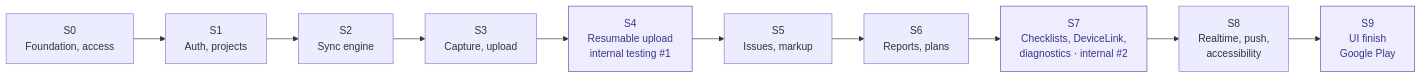
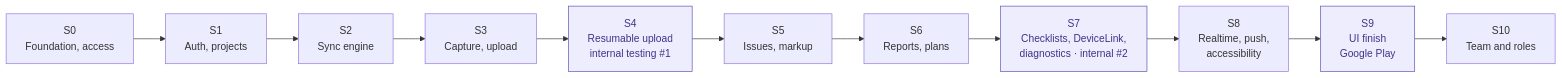
The first of 2 diagrams in docs/feature-guide/README.md (DAMHONGDUC/site-log-android), drawn with Mermaid before and after one commit. The commit also changed other lines of this file, not shown here.

Commit message:
docs: update docs - detail is team roles and issue assignee · README.md (3/7)
Part 3 of 7 of "docs: update docs - detail is team roles and issue assignee".

- docs/feature-guide/README.md

Adds the F19 team and roles guide and sprint S10, the backend team contract, and assigneeUid for member assignees.

````diff
--- a/docs/feature-guide/README.md
+++ b/docs/feature-guide/README.md
@@ -27,15 +27,16 @@
 ```mermaid
 flowchart LR
     S0["S0<br/>Foundation, access"] --> S1["S1<br/>Auth, projects"]
     S1 --> S2["S2<br/>Sync engine"]
     S2 --> S3["S3<br/>Capture, upload"]
     S3 --> S4["S4<br/>Resumable upload<br/>internal testing #1"]
     S4 --> S5["S5<br/>Issues, markup"]
     S5 --> S6["S6<br/>Reports, plans"]
     S6 --> S7["S7<br/>Checklists, DeviceLink,<br/>diagnostics · internal #2"]
     S7 --> S8["S8<br/>Realtime, push,<br/>accessibility"]
     S8 --> S9["S9<br/>UI finish<br/>Google Play"]
+    S9 --> S10["S10<br/>Team and roles"]
 
     classDef ship fill:#EEEDFE,stroke:#534AB7,color:#3C3489
     class S4,S7,S9 ship
 ```
````
